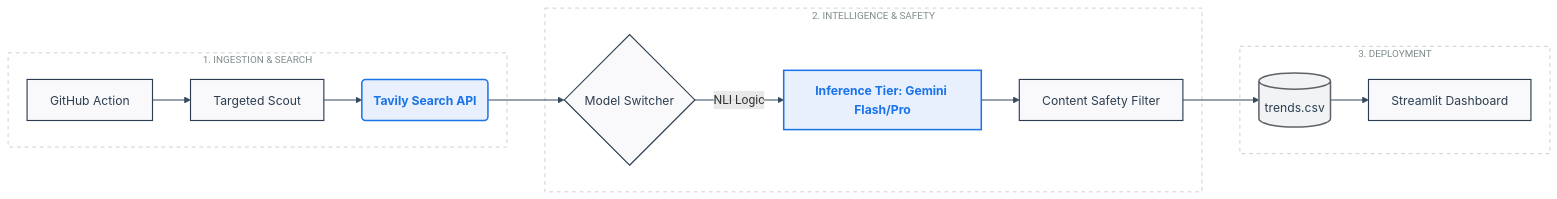
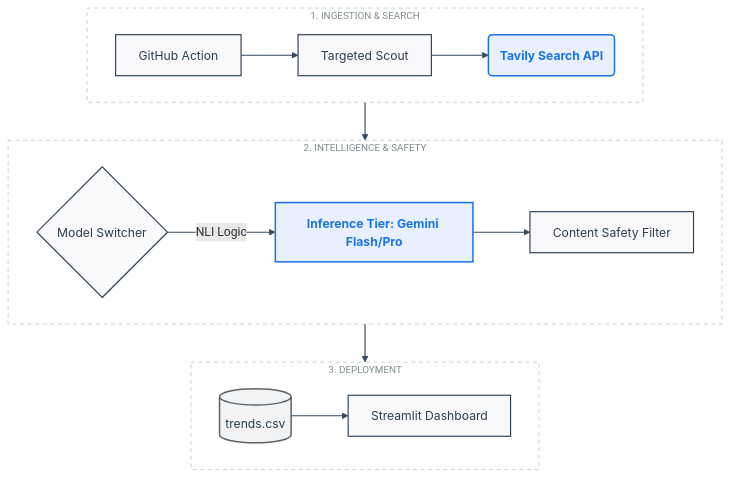
Before and after one commit to nishantverma-nagarro/TrendLab: the diagram in readme.md, drawn with Mermaid.

Commit message:
Update readme diagram

````diff
--- a/readme.md
+++ b/readme.md
@@ -15,35 +15,38 @@
 ```mermaid
-graph LR
+graph TD
     %% Global Styles
     classDef default fill:#f9f9fb,stroke:#2c3e50,stroke-width:1.5px,color:#2c3e50,font-family:Inter,Arial;
     classDef subgraphStyle fill:#ffffff,stroke:#bdc3c7,stroke-width:1px,stroke-dasharray: 5 5,color:#7f8c8d,font-size:13px;
     classDef highlight fill:#e8f0fe,stroke:#1a73e8,stroke-width:2px,color:#1a73e8,font-weight:bold;
     classDef storage fill:#f1f3f4,stroke:#5f6368,stroke-width:2px;
 
-    %% --- 1. DATA INGESTION ---
+    %% --- TIER 1: INGESTION ---
     subgraph Ingestion ["1. INGESTION & SEARCH"]
-        A[GitHub Action] --> B[Targeted Scout]
-        B --> C(Tavily Search API)
+        direction LR
+        A[GitHub Action] --> B[Targeted Scout] --> C(Tavily Search API)
     end
 
-    %% --- 2. INTELLIGENCE ---
+    %% --- TIER 2: INTELLIGENCE ---
     subgraph Intel ["2. INTELLIGENCE & SAFETY"]
-        C --> D{Model Switcher}
-        D -- "NLI Logic" --> E
-        E[Inference Tier: Gemini Flash/Pro] --> F[Content Safety Filter]
+        direction LR
+        D{Model Switcher} -- "NLI Logic" --> E[Inference Tier: Gemini Flash/Pro] --> F[Content Safety Filter]
     end
 
-    %% --- 3. DEPLOYMENT ---
+    %% --- TIER 3: DEPLOYMENT ---
     subgraph Deployment ["3. DEPLOYMENT"]
-        F --> G[(trends.csv)]
-        G --> H[Streamlit Dashboard]
+        direction LR
+        G[(trends.csv)] --> H[Streamlit Dashboard]
     end
+
+    %% Vertical Connections between tiers
+    C --> D
+    F --> G
 
     %% Apply Classes
     class Ingestion,Intel,Deployment subgraphStyle;
     class C,E highlight;
     class G storage;
 
     %% Flow Customization
     linkStyle default stroke:#34495e,stroke-width:1.5px;
 ```
````
